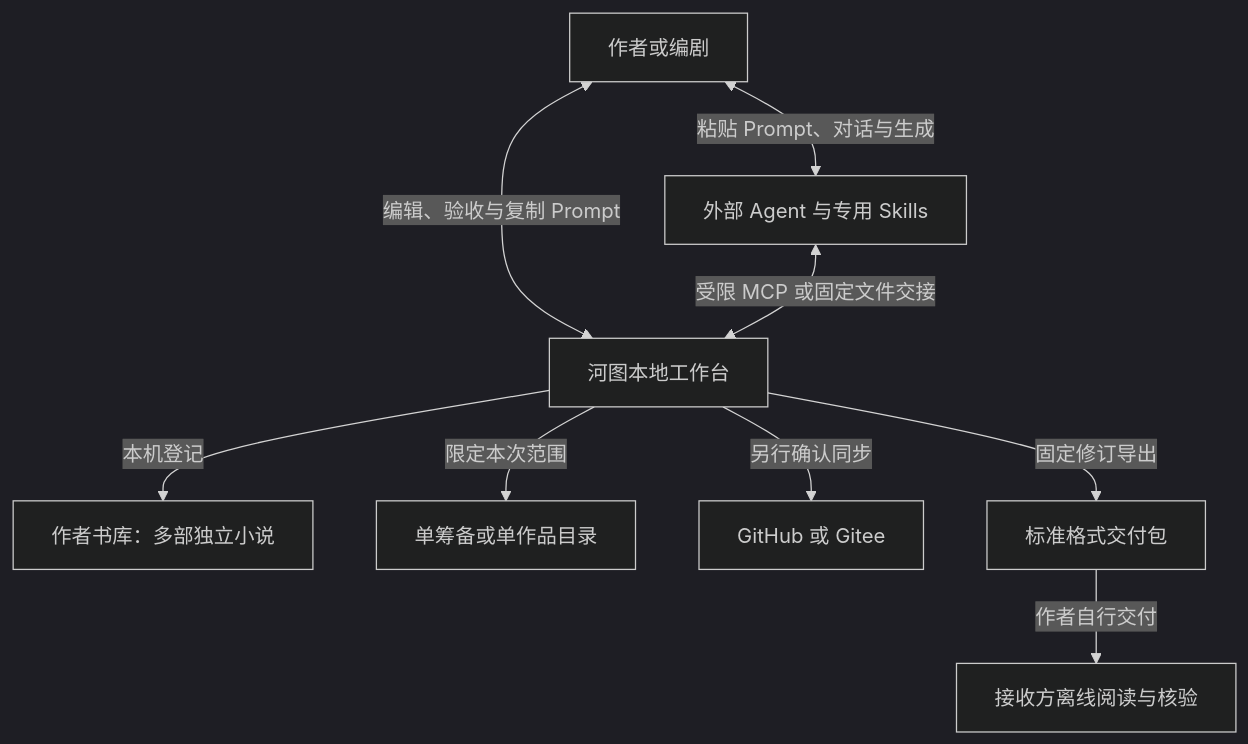
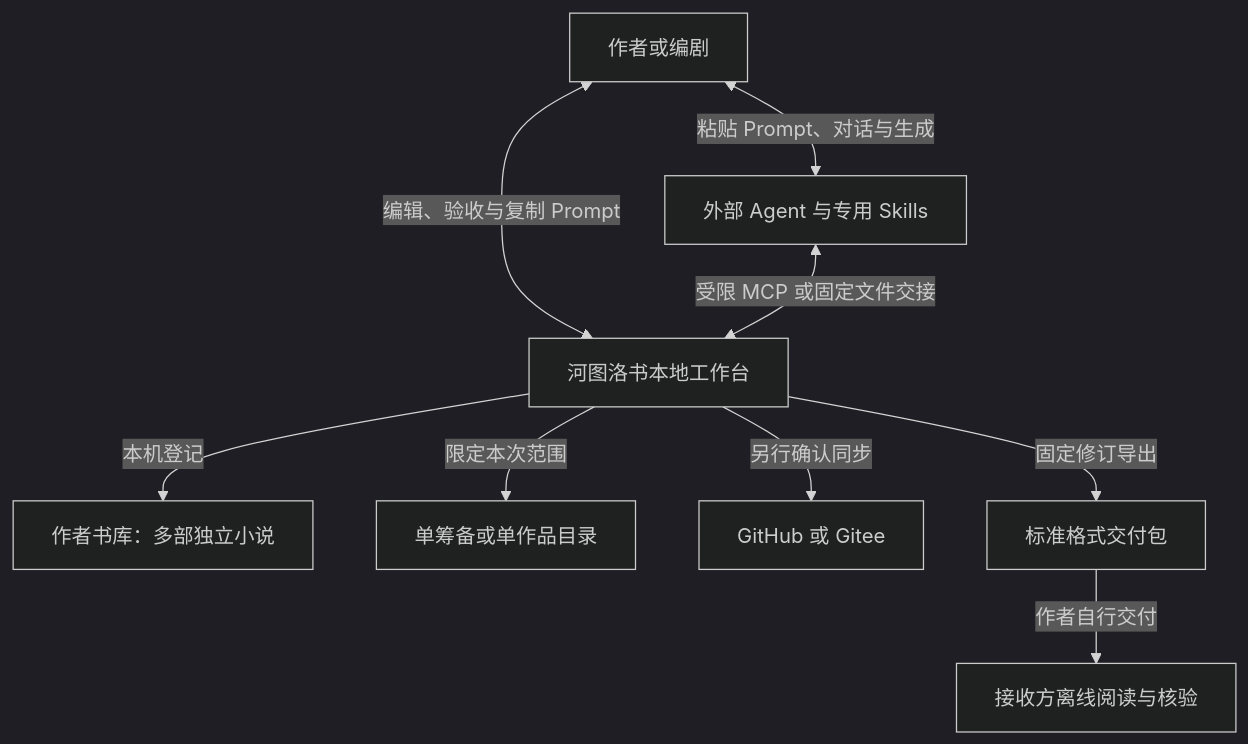
One commit to limecloud/hetu changed the first of 35 diagrams in docs/23-业务流程与MCP时序.md. Above: the diagram before and after it, drawn with Mermaid (dark theme). The commit also changed other lines of this file and 156 other files, not shown here.

````diff
--- a/docs/23-业务流程与MCP时序.md
+++ b/docs/23-业务流程与MCP时序.md
@@ -25,11 +26,11 @@
 ```mermaid
 flowchart TB
-    author["作者或编剧"] <-->|"编辑、验收与复制 Prompt"| hetu["河图本地工作台"]
+    author["作者或编剧"] <-->|"编辑、验收与复制 Prompt"| hetu["河图洛书本地工作台"]
     author <-->|"粘贴 Prompt、对话与生成"| host["外部 Agent 与专用 Skills"]
     host <-->|"受限 MCP 或固定文件交接"| hetu
     hetu -->|"本机登记"| library["作者书库：多部独立小说"]
     hetu -->|"限定本次范围"| content["单筹备或单作品目录"]
     hetu -->|"另行确认同步"| remote["GitHub 或 Gitee"]
     hetu -->|"固定修订导出"| bundle["标准格式交付包"]
     bundle -->|"作者自行交付"| recipient["接收方离线阅读与核验"]
 ```
````
